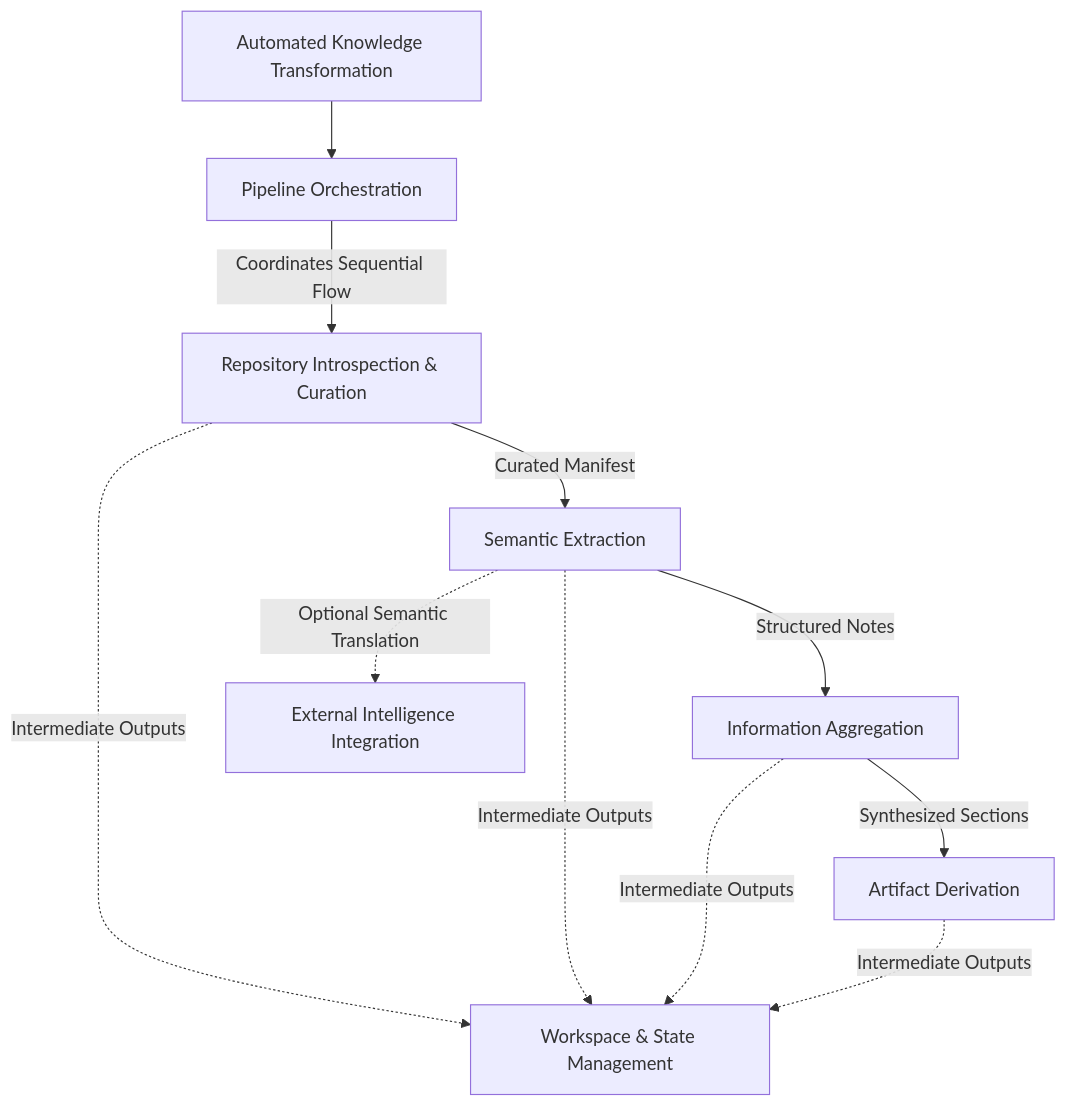
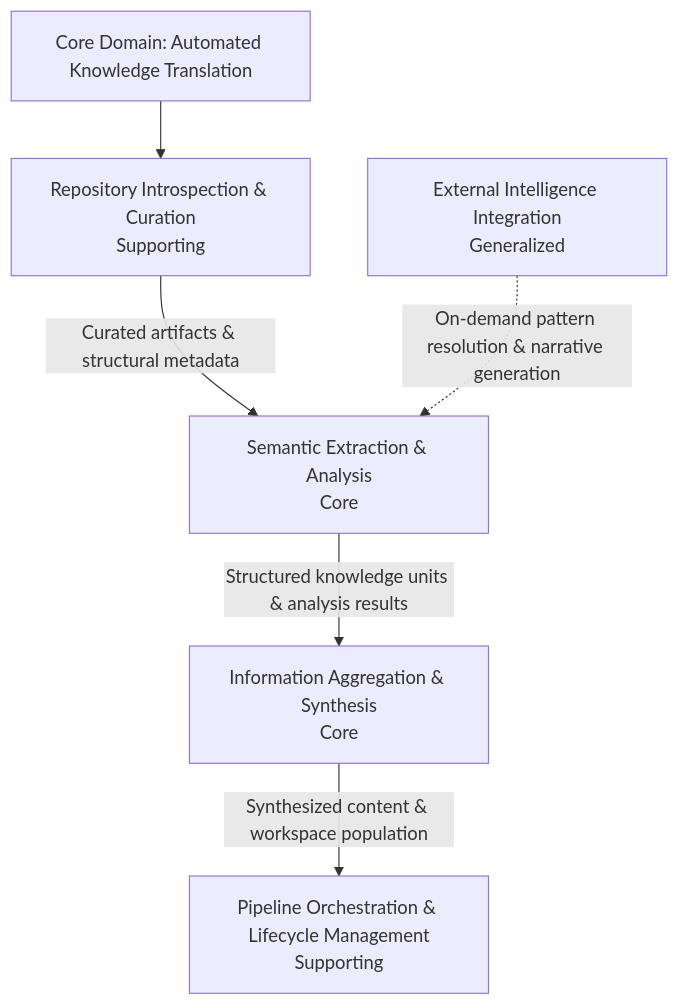
One commit to codeninja/wikifi changed the first of 3 diagrams in .wikifi/diagrams.md. Above: the diagram before and after it, drawn with Mermaid. The commit also changed other lines of this file and 9 other files, not shown here.

````diff
--- a/.wikifi/diagrams.md
+++ b/.wikifi/diagrams.md
@@ -6,23 +6,16 @@
 ```mermaid
 graph TD
-    Core[Automated Knowledge Transformation]
-    Orch[Pipeline Orchestration]
-    Intros[Repository Introspection & Curation]
-    Ext[Semantic Extraction]
-    Agg[Information Aggregation]
-    Deriv[Artifact Derivation]
-    ExtInt[External Intelligence Integration]
-    WS[Workspace & State Management]
+  Core[Core Domain: Automated Knowledge Translation]
+  Introspection[Repository Introspection & Curation\nSupporting]
+  Extraction[Semantic Extraction & Analysis\nCore]
+  Aggregation[Information Aggregation & Synthesis\nCore]
+  Orchestration[Pipeline Orchestration & Lifecycle Management\nSupporting]
+  External[External Intelligence Integration\nGeneralized]
 
-    Core --> Orch
-    Orch -->|Coordinates Sequential Flow| Intros
-    Intros -->|Curated Manifest| Ext
-    Ext -->|Structured Notes| Agg
-    Agg -->|Synthesized Sections| Deriv
+  Core --> Introspection
+  Introspection -->|Curated artifacts & structural metadata| Extraction
+  Extraction -->|Structured knowledge units & analysis results| Aggregation
+  Aggregation -->|Synthesized content & workspace population| Orchestration
 
-    Ext -.->|Optional Semantic Translation| ExtInt
-    Intros -.->|Intermediate Outputs| WS
-    Ext -.->|Intermediate Outputs| WS
-    Agg -.->|Intermediate Outputs| WS
-    Deriv -.->|Intermediate Outputs| WS
+  External -.->|On-demand pattern resolution & narrative generation| Extraction
 ```
````
